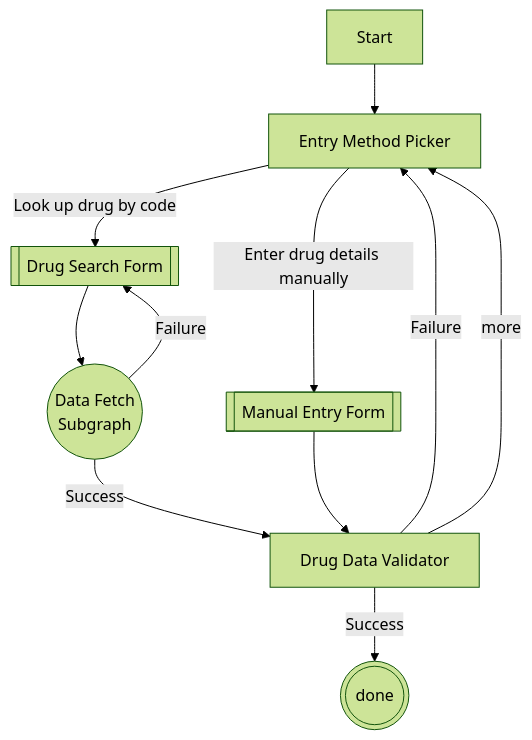
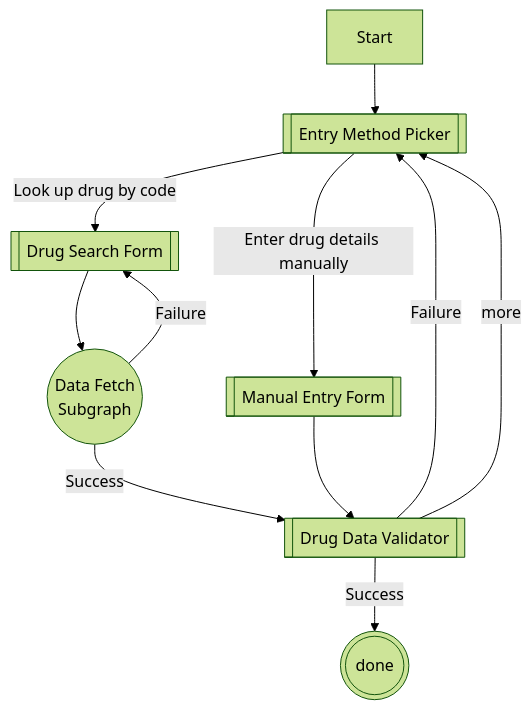
The diagram in content/legect/dose-calc/index.md (hiimmrdave/hiimmrdavedotcom), drawn with Mermaid (forest theme) before and after one commit. The commit also changed other lines of this file and 2 other files, not shown here.

Commit message:
Mermaid improvements
make including the script contingent on a frontmatter piece
very light theming
adding frontmatter to pages with mermaid

````diff
--- a/content/legect/dose-calc/index.md
+++ b/content/legect/dose-calc/index.md
@@ -6,19 +7,19 @@
 ```mermaid
 flowchart TB
   Start-->methodPick
-  methodPick[Entry Method Picker]
+  methodPick[[Entry Method Picker]]
   methodPick--Enter drug details manually-->manualEntry
   manualEntry[[Manual Entry Form]]
   methodPick--Look up drug by code-->APILookup
   APILookup[[Drug Search Form]]
   APILookup-->APIFetch
   APIFetch((Data Fetch\nSubgraph))
   APIFetch--Success-->drugValidate
   APIFetch--Failure-->APILookup
   manualEntry-->drugValidate
-  drugValidate[Drug Data Validator]
+  drugValidate[[Drug Data Validator]]
   drugValidate--Success-->done
   drugValidate--Failure-->methodPick
   drugValidate--more-->methodPick
   done(((done)))
 ```
````
